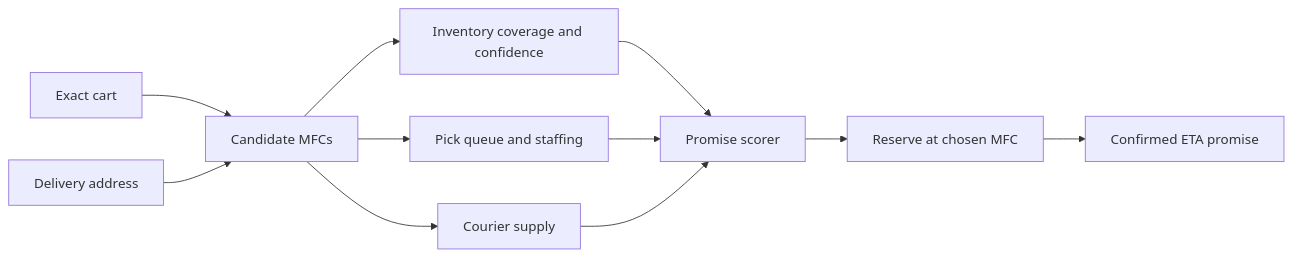
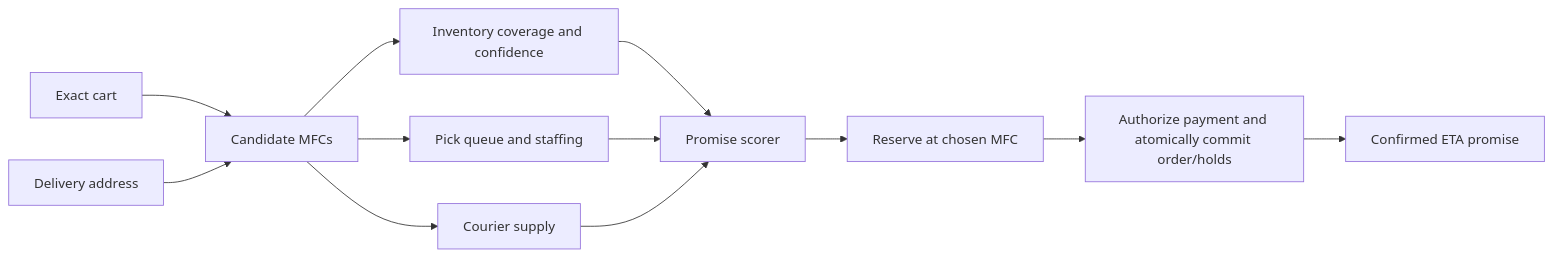
Before and after one commit to Pranshu258/system-design: the fourth of 5 diagrams in local-delivery-system-design.md, drawn with Mermaid. The commit also changed other lines of this file and 23 other files, not shown here.

````diff
--- a/local-delivery-system-design.md
+++ b/local-delivery-system-design.md
@@ -268,13 +273,14 @@
 ```mermaid
 flowchart LR
     Cart["Exact cart"] --> Candidates["Candidate MFCs"]
     Address["Delivery address"] --> Candidates
     Candidates --> Coverage["Inventory coverage and confidence"]
     Candidates --> Queue["Pick queue and staffing"]
     Candidates --> Supply["Courier supply"]
     Coverage --> Score["Promise scorer"]
     Queue --> Score
     Supply --> Score
     Score --> Reserve["Reserve at chosen MFC"]
-    Reserve --> Promise["Confirmed ETA promise"]
+    Reserve --> Commit["Authorize payment and atomically commit order/holds"]
+    Commit --> Promise["Confirmed ETA promise"]
 ```
````
